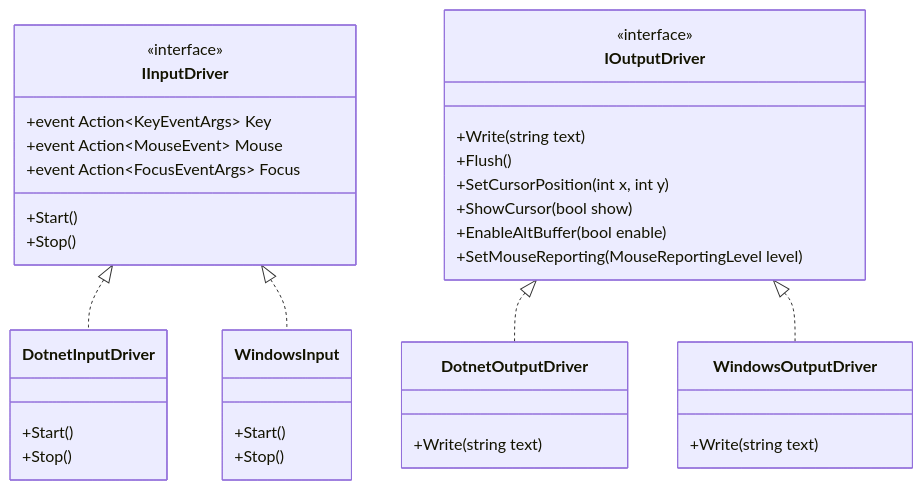
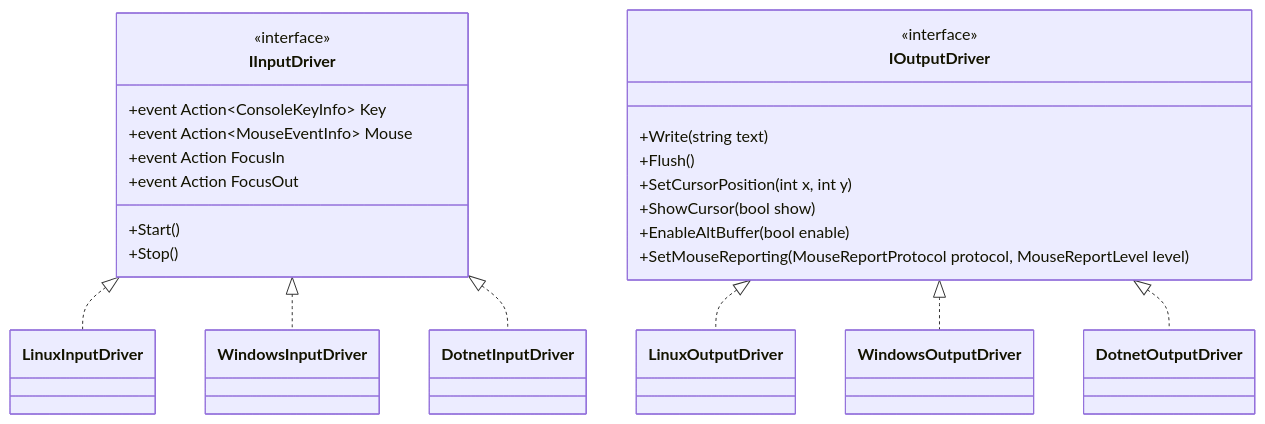
Before and after one commit to KryKomDev/NeoKolors: the diagram in Src/Console/Docs/Console-Overview.md, drawn with Mermaid. The commit also changed other lines of this file and 40 other files, not shown here.

````diff
--- a/Src/Console/Docs/Console-Overview.md
+++ b/Src/Console/Docs/Console-Overview.md
@@ -11,45 +11,43 @@
 ```mermaid
 classDiagram
     class IInputDriver {
         <<interface>>
-        +event Action~KeyEventArgs~ Key
-        +event Action~MouseEvent~ Mouse
-        +event Action~FocusEventArgs~ Focus
+        +event Action~ConsoleKeyInfo~ Key
+        +event Action~MouseEventInfo~ Mouse
+        +event Action FocusIn
+        +event Action FocusOut
         +Start()
         +Stop()
     }
     
     class IOutputDriver {
         <<interface>>
         +Write(string text)
         +Flush()
         +SetCursorPosition(int x, int y)
         +ShowCursor(bool show)
         +EnableAltBuffer(bool enable)
-        +SetMouseReporting(MouseReportingLevel level)
+        +SetMouseReporting(MouseReportProtocol protocol, MouseReportLevel level)
     }
 
+    class LinuxInputDriver {
+    }
+    class LinuxOutputDriver {
+    }
+    class WindowsInputDriver {
+    }
+    class WindowsOutputDriver {
+    }
     class DotnetInputDriver {
-        +Start()
-        +Stop()
+    }
+    class DotnetOutputDriver {
     }
 
-    class WindowsInput {
-        +Start()
-        +Stop()
-    }
+    IInputDriver <|.. LinuxInputDriver
+    IInputDriver <|.. WindowsInputDriver
+    IInputDriver <|.. DotnetInputDriver
 
-    IInputDriver <|.. DotnetInputDriver
-    IInputDriver <|.. WindowsInput
-
-    class DotnetOutputDriver {
-        +Write(string text)
-    }
-
-    class WindowsOutputDriver {
-        +Write(string text)
-    }
-
+    IOutputDriver <|.. LinuxOutputDriver
+    IOutputDriver <|.. WindowsOutputDriver
     IOutputDriver <|.. DotnetOutputDriver
-    IOutputDriver <|.. WindowsOutputDriver
 ```
````
